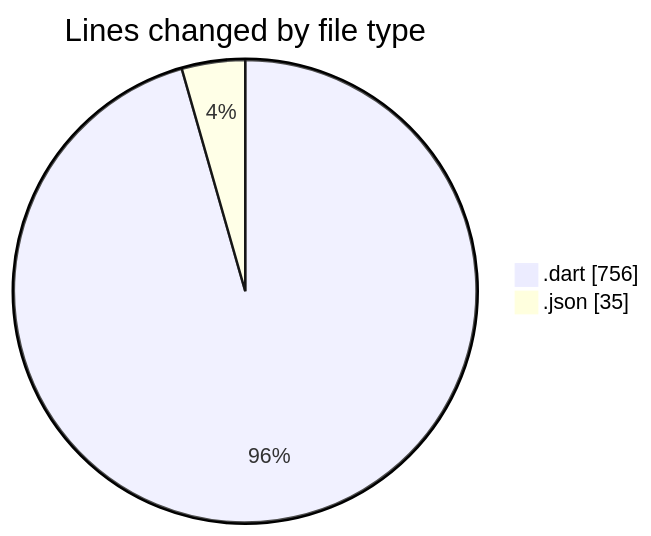
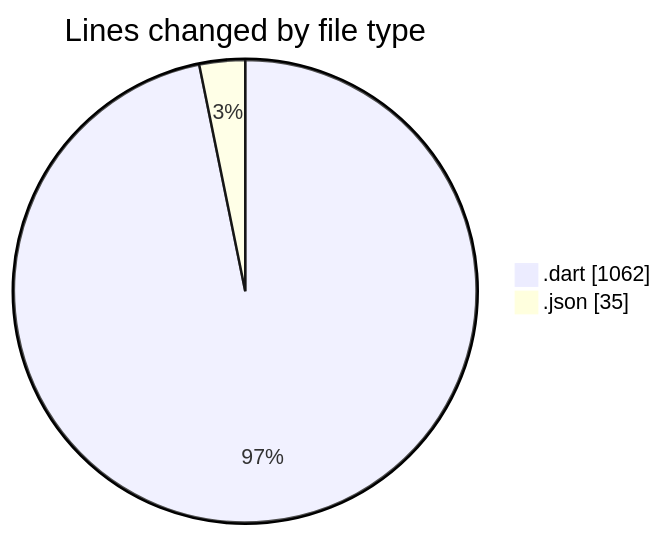
Before and after one commit to lephambinh05/code-tracking: the first of 2 diagrams in 2025-09-08/quanlylink/README.md, drawn with Mermaid. The commit also changed other lines of this file and 1 other file, not shown here.

````diff
--- a/2025-09-08/quanlylink/README.md
+++ b/2025-09-08/quanlylink/README.md
@@ -24,6 +25,6 @@
 ```mermaid
 pie showData
 title Lines changed by file type
-".dart" : 756
+".dart" : 1062
 ".json" : 35
 ```
````
